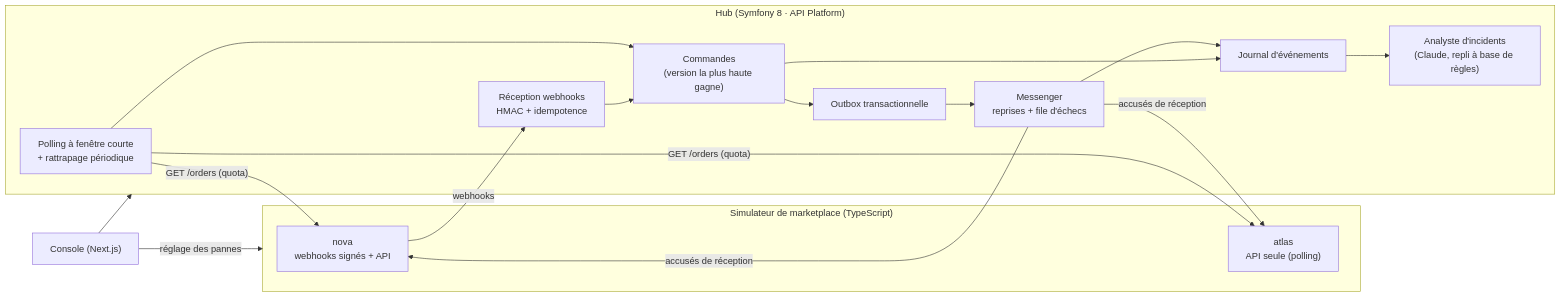
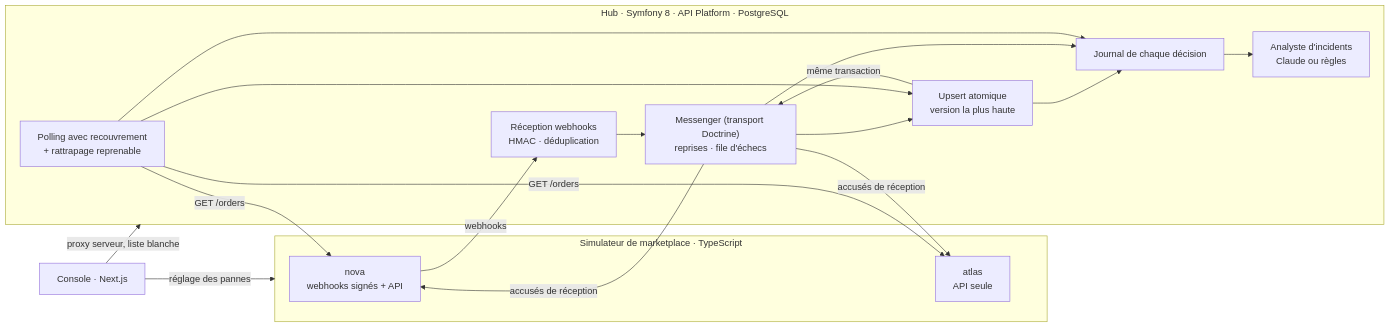
One commit to michael-mas/Order-Hub changed the diagram in README.md. Above: the diagram before and after it, drawn with Mermaid. The commit also changed other lines of this file and 10 other files, not shown here.

````diff
--- a/README.md
+++ b/README.md
@@ -20,31 +38,27 @@
 ```mermaid
 flowchart LR
-  subgraph Simulateur["Simulateur de marketplace (TypeScript)"]
+  subgraph Simulateur["Simulateur de marketplace · TypeScript"]
     NOVA["nova<br/>webhooks signés + API"]
-    ATLAS["atlas<br/>API seule (polling)"]
+    ATLAS["atlas<br/>API seule"]
   end
 
-  subgraph Hub["Hub (Symfony 8 · API Platform)"]
-    WH["Réception webhooks<br/>HMAC + idempotence"]
-    POLL["Polling à fenêtre courte<br/>+ rattrapage périodique"]
-    CORE["Commandes<br/>(version la plus haute gagne)"]
-    OUTBOX["Outbox transactionnelle"]
-    BUS["Messenger<br/>reprises + file d'échecs"]
-    JOURNAL["Journal d'événements"]
-    AI["Analyste d'incidents<br/>(Claude, repli à base de règles)"]
+  subgraph Hub["Hub · Symfony 8 · API Platform · PostgreSQL"]
+    WH["Réception webhooks<br/>HMAC · déduplication"]
+    POLL["Polling avec recouvrement<br/>+ rattrapage reprenable"]
+    CORE["Upsert atomique<br/>version la plus haute"]
+    BUS["Messenger (transport Doctrine)<br/>reprises · file d'échecs"]
+    JOURNAL["Journal de chaque décision"]
+    AI["Analyste d'incidents<br/>Claude ou règles"]
   end
 
-  CONSOLE["Console (Next.js)"]
+  CONSOLE["Console · Next.js"]
 
-  NOVA -- "webhooks" --> WH
-  POLL -- "GET /orders (quota)" --> NOVA
-  POLL -- "GET /orders (quota)" --> ATLAS
-  WH --> CORE
+  NOVA -- "webhooks" --> WH --> BUS --> CORE
+  POLL -- "GET /orders" --> NOVA & ATLAS
   POLL --> CORE
-  CORE --> OUTBOX --> BUS -- "accusés de réception" --> NOVA & ATLAS
-  CORE --> JOURNAL
-  BUS --> JOURNAL
-  JOURNAL --> AI
-  CONSOLE --> Hub
+  CORE -- "même transaction" --> BUS
+  BUS -- "accusés de réception" --> NOVA & ATLAS
+  CORE & BUS & POLL --> JOURNAL --> AI
+  CONSOLE -- "proxy serveur, liste blanche" --> Hub
   CONSOLE -- "réglage des pannes" --> Simulateur
 ```
````
